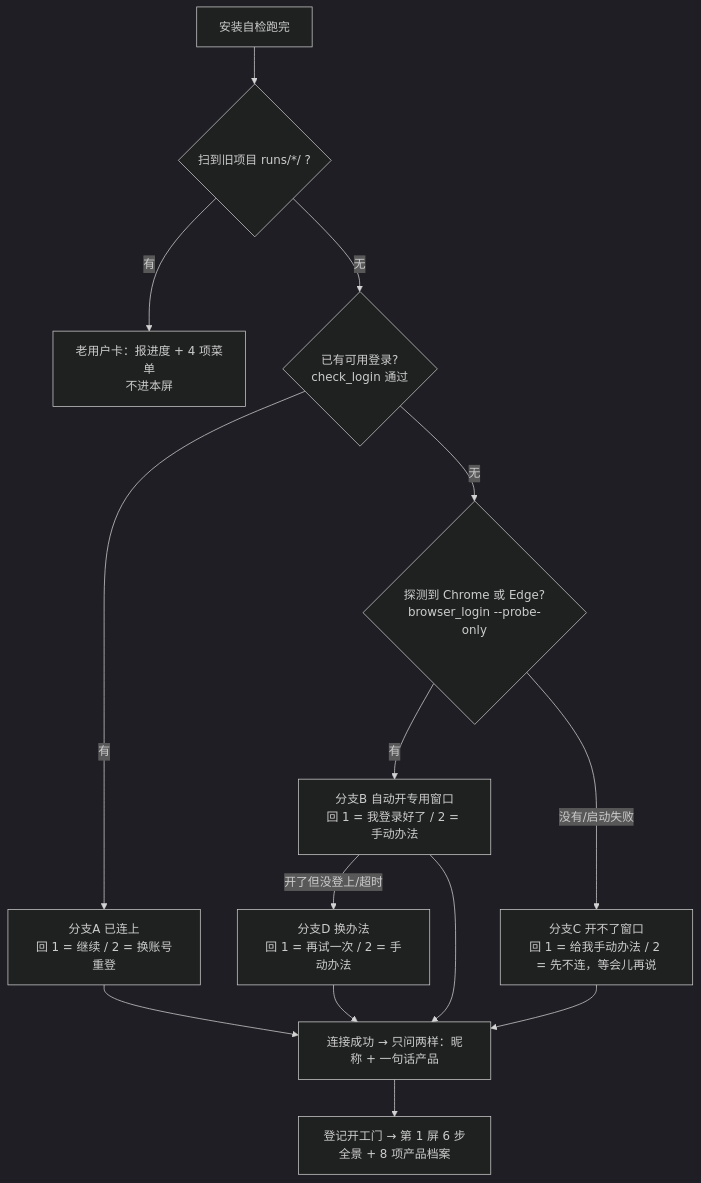
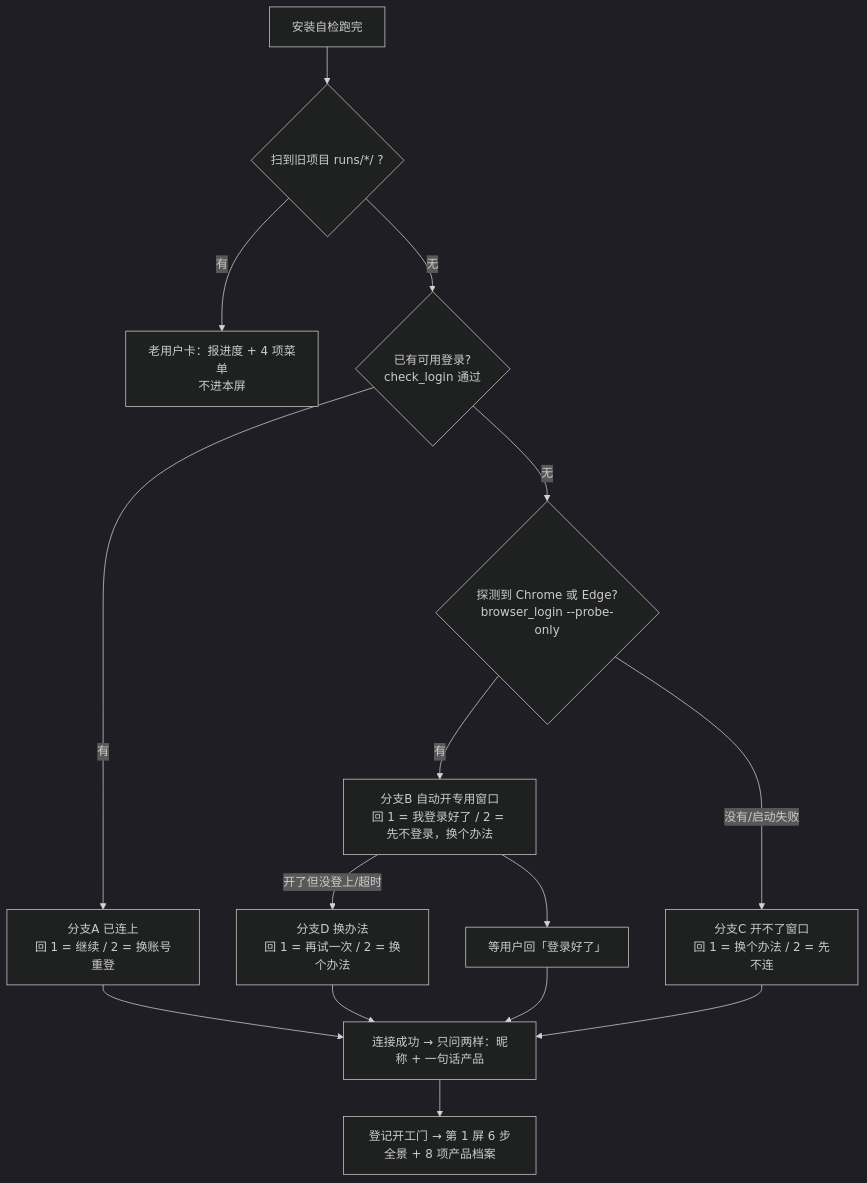
One commit to tony-apan/laifaxin-b2b-sales changed the diagram in specs/beginner-flow.md. Above: the diagram before and after it, drawn with Mermaid (dark theme). The commit also changed other lines of this file and 4 other files, not shown here.

````diff
--- a/specs/beginner-flow.md
+++ b/specs/beginner-flow.md
@@ -37,16 +38,17 @@
 ```mermaid
 flowchart TD
   A[安装自检跑完] --> B{扫到旧项目 runs/*/ ?}
   B -- 有 --> B1[老用户卡：报进度 + 4 项菜单<br/>不进本屏]
   B -- 无 --> C{已有可用登录?<br/>check_login 通过}
   C -- 有 --> A1[分支A 已连上<br/>回 1 = 继续 / 2 = 换账号重登]
   C -- 无 --> D{探测到 Chrome 或 Edge?<br/>browser_login --probe-only}
-  D -- 有 --> B2[分支B 自动开专用窗口<br/>回 1 = 我登录好了 / 2 = 手动办法]
-  D -- 没有/启动失败 --> C1[分支C 开不了窗口<br/>回 1 = 给我手动办法 / 2 = 先不连，等会儿再说]
-  B2 -- 开了但没登上/超时 --> D1[分支D 换办法<br/>回 1 = 再试一次 / 2 = 手动办法]
-  A1 --> E[连接成功 → 只问两样：昵称 + 一句话产品]
-  B2 --> E
+  D -- 有 --> B2[分支B 自动开专用窗口<br/>回 1 = 我登录好了 / 2 = 先不登录，换个办法]
+  D -- 没有/启动失败 --> C1[分支C 开不了窗口<br/>回 1 = 换个办法 / 2 = 先不连]
+  B2 -- 开了但没登上/超时 --> D1[分支D 换办法<br/>回 1 = 再试一次 / 2 = 换个办法]
+  B2 --> W[等用户回「登录好了」]
+  W --> E[连接成功 → 只问两样：昵称 + 一句话产品]
+  A1 --> E
   C1 --> E
   D1 --> E
   E --> F[登记开工门 → 第 1 屏 6 步全景 + 8 项产品档案]
 ```
````
